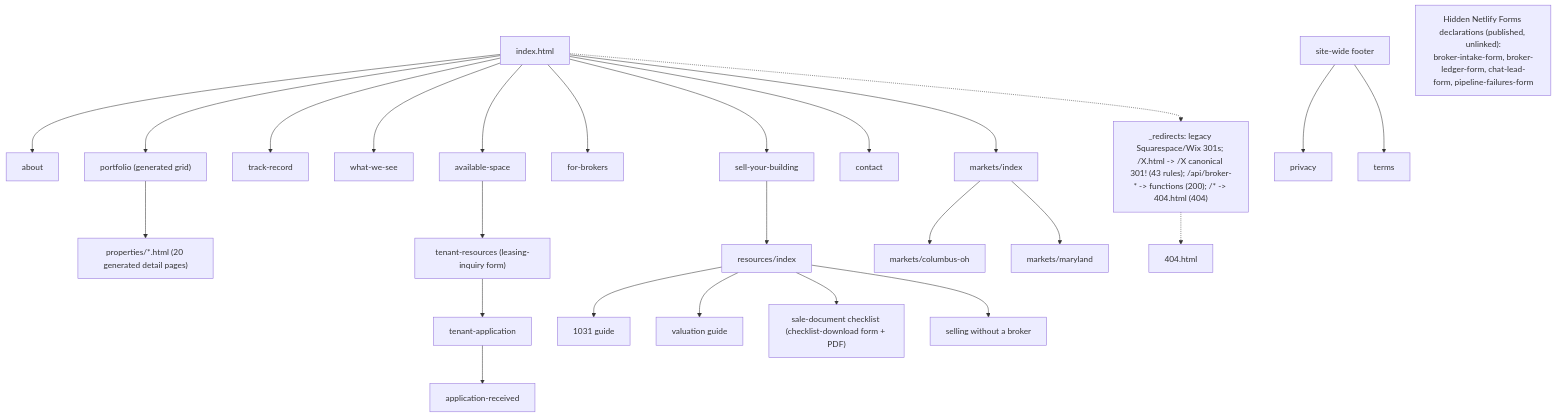
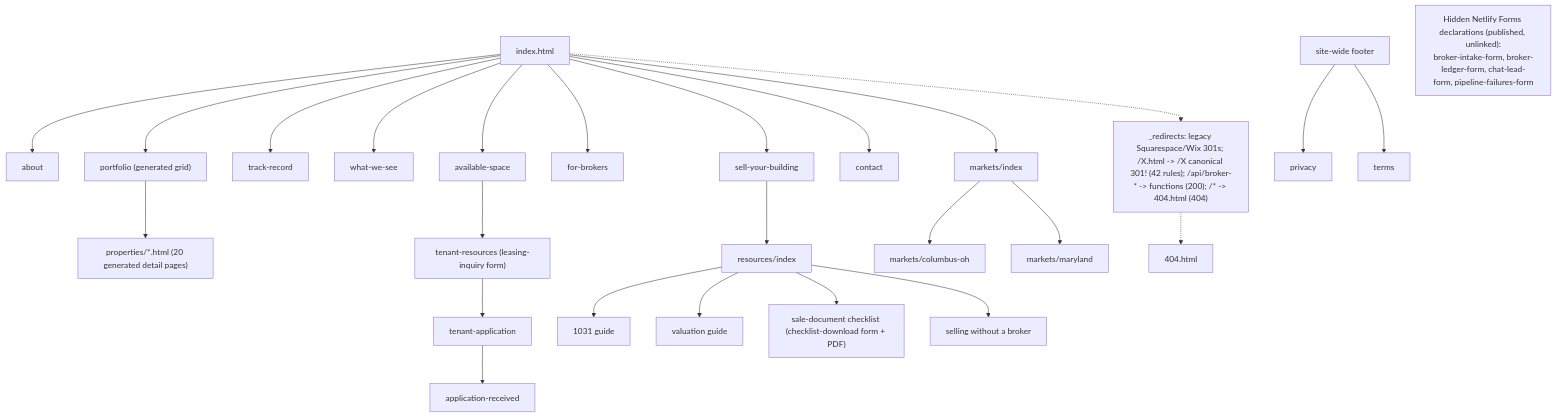
One commit to ZeOoba/Website changed the second of 5 diagrams in README.md. Above: the diagram before and after it, drawn with Mermaid. The commit also changed other lines of this file, not shown here.

First line of the commit message:
docs(readme): refresh diagrams against current code (2026-10-28) (#189)

````diff
--- a/README.md
+++ b/README.md
@@ -70,15 +70,15 @@
 ```mermaid
 flowchart TD
   Home["index.html"] --> About["about"] & Portfolio["portfolio (generated grid)"] & Track["track-record"] & WWS["what-we-see"] & Avail["available-space"] & Brokers["for-brokers"] & Sell["sell-your-building"] & Contact["contact"] & Markets["markets/index"]
   Portfolio --> Props["properties/*.html (20 generated detail pages)"]
   Avail --> TenRes["tenant-resources (leasing-inquiry form)"]
   TenRes --> TenApp["tenant-application"] --> Recv["application-received"]
   Markets --> Col["markets/columbus-oh"] & MD["markets/maryland"]
   Sell --> Res["resources/index"]
   Res --> R1["1031 guide"] & R2["valuation guide"] & R3["sale-document checklist (checklist-download form + PDF)"] & R4["selling without a broker"]
   Footer["site-wide footer"] --> Priv["privacy"] & Terms["terms"]
   HiddenForms["Hidden Netlify Forms declarations (published, unlinked):\nbroker-intake-form, broker-ledger-form, chat-lead-form, pipeline-failures-form"]
-  Redirect["_redirects: legacy Squarespace/Wix 301s; /X.html -> /X canonical 301! (43 rules); /api/broker-* -> functions (200); /* -> 404.html (404)"]
+  Redirect["_redirects: legacy Squarespace/Wix 301s; /X.html -> /X canonical 301! (42 rules); /api/broker-* -> functions (200); /* -> 404.html (404)"]
   Home -.-> Redirect
   Redirect -.-> NF["404.html"]
 ```
````
